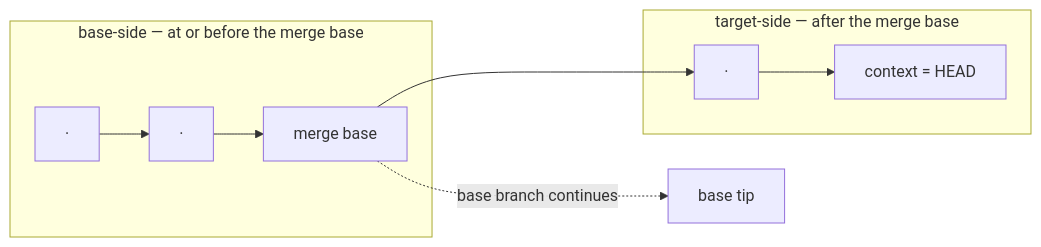
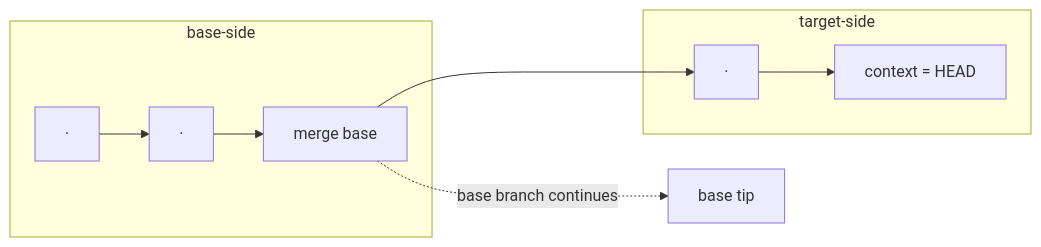
Before and after one commit to folo-rs/folo: the second of 2 diagrams in packages/cargo-bench-history/book/src/appendix/selection.md, drawn with Mermaid. The commit also changed other lines of this file and 11 other files, not shown here.

First line of the commit message:
cargo-bench-history: clearer lag figure, split diagram, and gate ladders

````diff
--- a/packages/cargo-bench-history/book/src/appendix/selection.md
+++ b/packages/cargo-bench-history/book/src/appendix/selection.md
@@ -40,15 +40,15 @@
 ```mermaid
 flowchart LR
     b0["·"] --> b1["·"] --> MB["merge base"]
     MB --> t1["·"] --> T["context = HEAD"]
     MB -. "base branch continues" .-> B["base tip"]
-    subgraph baseside["base-side — at or before the merge base"]
+    subgraph baseside["base-side"]
         b0
         b1
         MB
     end
-    subgraph targetside["target-side — after the merge base"]
+    subgraph targetside["target-side"]
         t1
         T
     end
 ```
````
